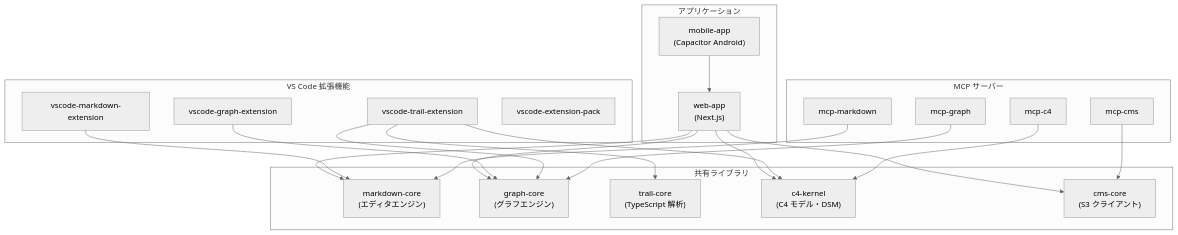
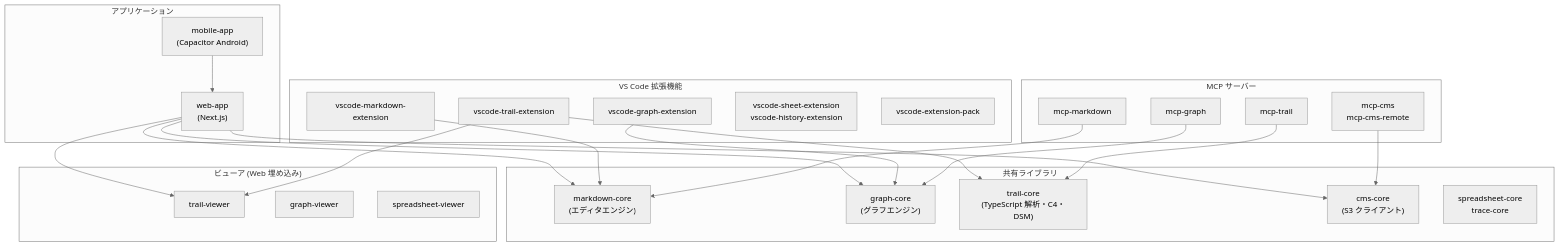
One commit to kiyotaka-ueda/anytime-markdown changed the diagram in README.ja.md. Above: the diagram before and after it, drawn with Mermaid (neutral theme). The commit also changed other lines of this file and 1 other file, not shown here.

````diff
--- a/README.ja.md
+++ b/README.ja.md
@@ -62,44 +62,50 @@
 ```mermaid
 flowchart TD
     subgraph core ["共有ライブラリ"]
         MC["markdown-core<br/>(エディタエンジン)"]
         GC["graph-core<br/>(グラフエンジン)"]
-        TC["trail-core<br/>(TypeScript 解析)"]
-        C4["c4-kernel<br/>(C4 モデル・DSM)"]
+        TC["trail-core<br/>(TypeScript 解析・C4・DSM)"]
         CC["cms-core<br/>(S3 クライアント)"]
+        SC["spreadsheet-core<br/>trace-core"]
+    end
+
+    subgraph viewer ["ビューア (Web 埋め込み)"]
+        TV["trail-viewer"]
+        GV["graph-viewer"]
+        SV["spreadsheet-viewer"]
     end
 
     subgraph app ["アプリケーション"]
         WA["web-app<br/>(Next.js)"]
         MA["mobile-app<br/>(Capacitor Android)"]
     end
 
     subgraph ext ["VS Code 拡張機能"]
         VME["vscode-markdown-extension"]
+        VTE["vscode-trail-extension"]
         VGE["vscode-graph-extension"]
-        VTE["vscode-trail-extension"]
+        VSE["vscode-sheet-extension<br/>vscode-history-extension"]
         VEP["vscode-extension-pack"]
     end
 
     subgraph mcp ["MCP サーバー"]
         MM["mcp-markdown"]
         MG["mcp-graph"]
-        MCM["mcp-cms"]
-        MC4["mcp-c4"]
+        MT["mcp-trail"]
+        MCM["mcp-cms<br/>mcp-cms-remote"]
     end
 
     WA --> MC
     WA --> GC
-    WA --> C4
+    WA --> TV
     WA --> CC
     VME --> MC
     VGE --> GC
     VTE --> TC
-    VTE --> C4
-    VTE --> GC
+    VTE --> TV
     MA --> WA
     MM --> MC
     MG --> GC
+    MT --> TC
     MCM --> CC
-    MC4 --> C4
 ```
````
